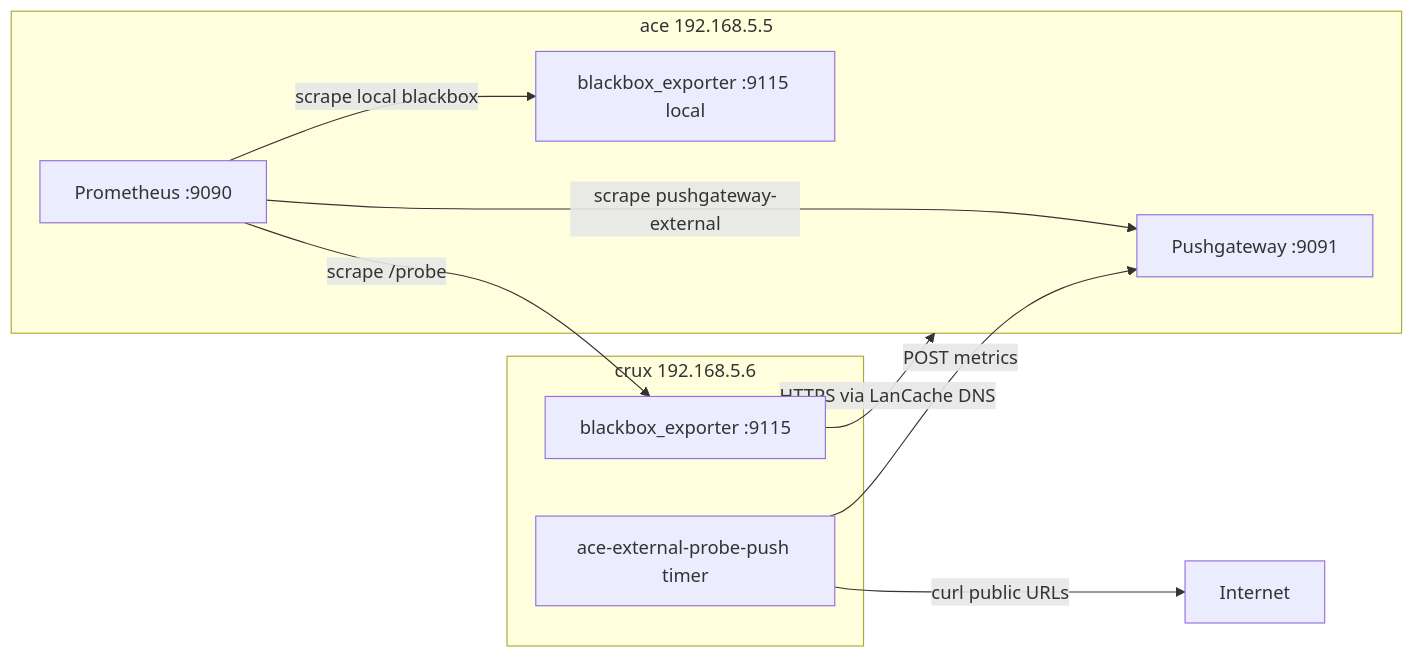
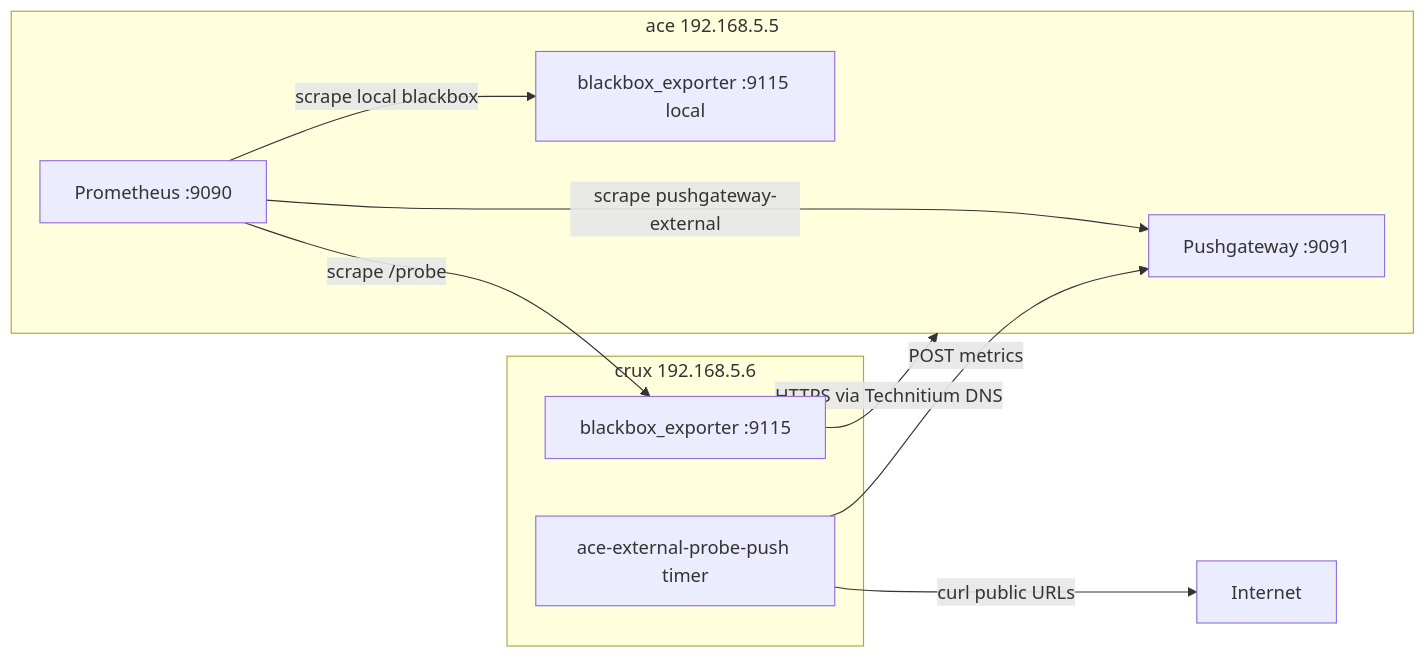
One commit to PrestonHager/nixos-configs changed the diagram in docs/monitoring-external-probes.md. Above: the diagram before and after it, drawn with Mermaid. The commit also changed other lines of this file and 24 other files, not shown here.

First line of the commit message:
Disable LanCache, make Technitium primary DNS, and align docs with current homelab naming.

````diff
--- a/docs/monitoring-external-probes.md
+++ b/docs/monitoring-external-probes.md
@@ -9,18 +9,18 @@
 ```mermaid
 flowchart LR
   subgraph crux["crux 192.168.5.6"]
     BB[blackbox_exporter :9115]
     EXT[ace-external-probe-push timer]
   end
   subgraph ace["ace 192.168.5.5"]
     PG[Pushgateway :9091]
     PROM[Prometheus :9090]
     BBlocal[blackbox_exporter :9115 local]
   end
-  BB -->|"HTTPS via LanCache DNS"| ace
+  BB -->|"HTTPS via Technitium DNS"| ace
   PROM -->|"scrape /probe"| BB
   EXT -->|"curl public URLs"| WAN[Internet]
   EXT -->|"POST metrics"| PG
   PROM -->|"scrape pushgateway-external"| PG
   PROM -->|"scrape local blackbox"| BBlocal
 ```
````
